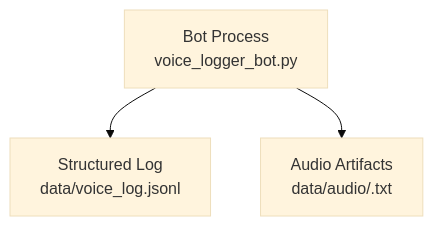
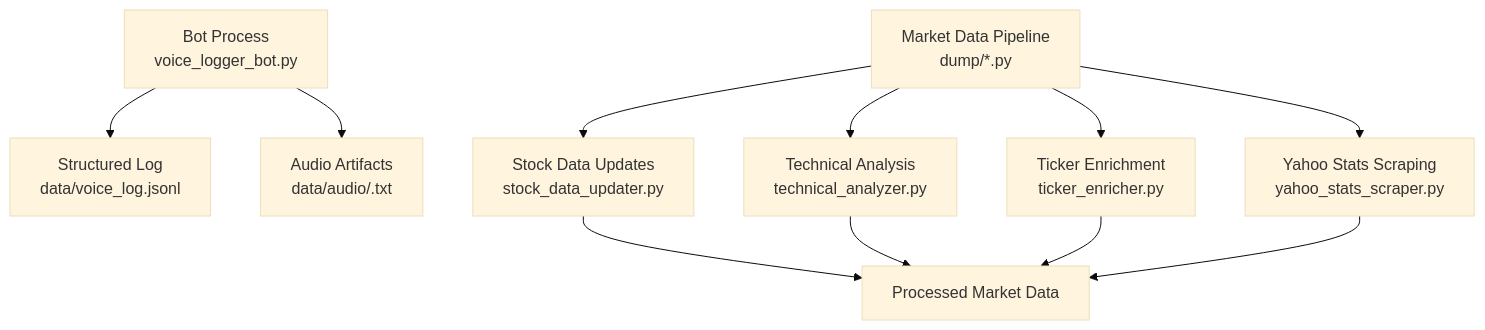
One commit to ZengSeng/telegram-bot changed the first of 3 diagrams in .qoder/repowiki/en/content/Data Management.md. Above: the diagram before and after it, drawn with Mermaid (base theme). The commit also changed other lines of this file and 9 other files, not shown here.

````diff
--- a/.qoder/repowiki/en/content/Data Management.md
+++ b/.qoder/repowiki/en/content/Data Management.md
@@ -41,5 +56,13 @@
 ```mermaid
 graph TB
 A["Bot Process<br/>voice_logger_bot.py"] --> B["Structured Log<br/>data/voice_log.jsonl"]
 A --> C["Audio Artifacts<br/>data/audio/<timestamp>.txt"]
+D["Market Data Pipeline<br/>dump/*.py"] --> E["Stock Data Updates<br/>stock_data_updater.py"]
+D --> F["Technical Analysis<br/>technical_analyzer.py"]
+D --> G["Ticker Enrichment<br/>ticker_enricher.py"]
+D --> H["Yahoo Stats Scraping<br/>yahoo_stats_scraper.py"]
+E --> I["Processed Market Data"]
+F --> I
+G --> I
+H --> I
 ```
````
